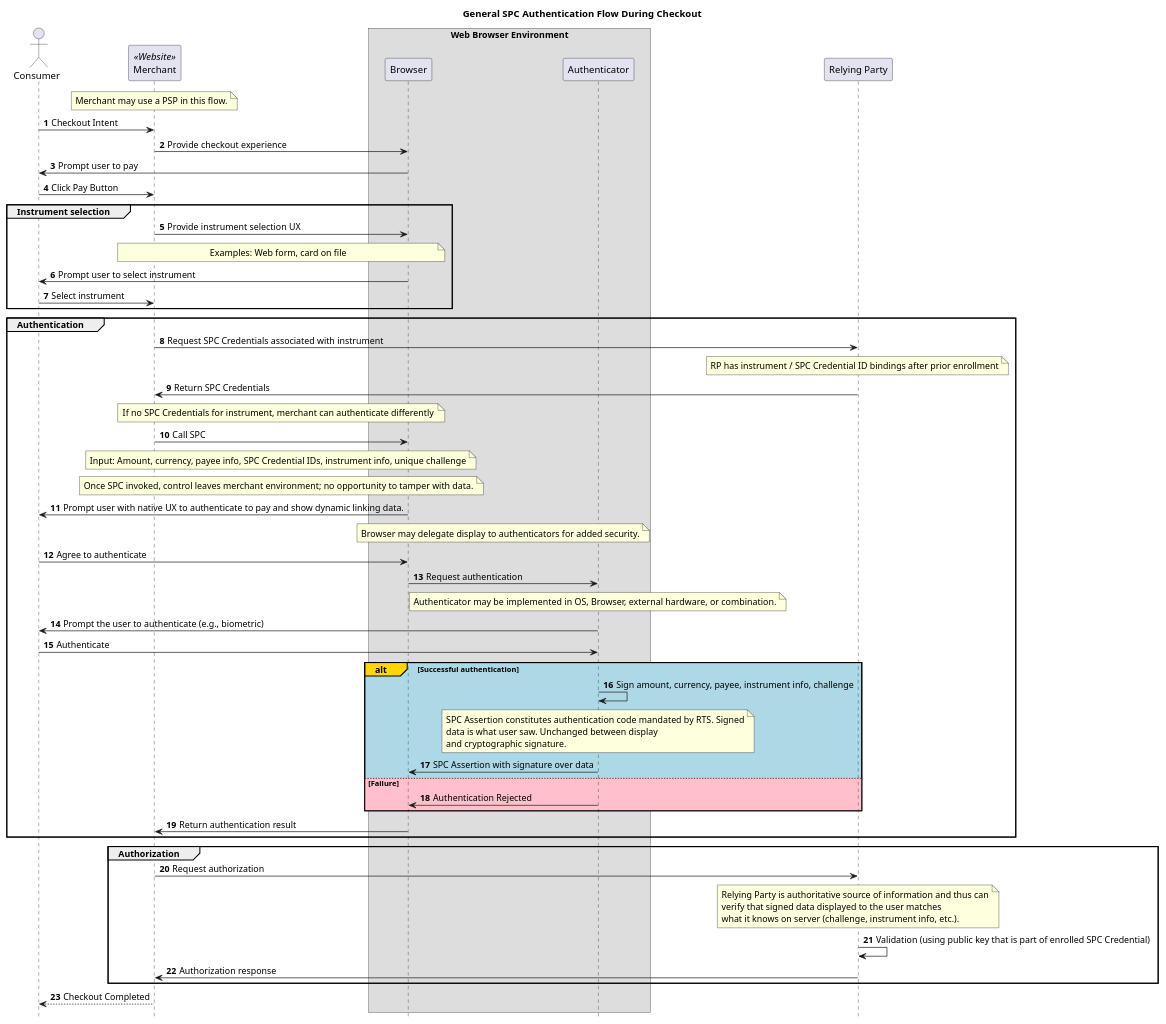
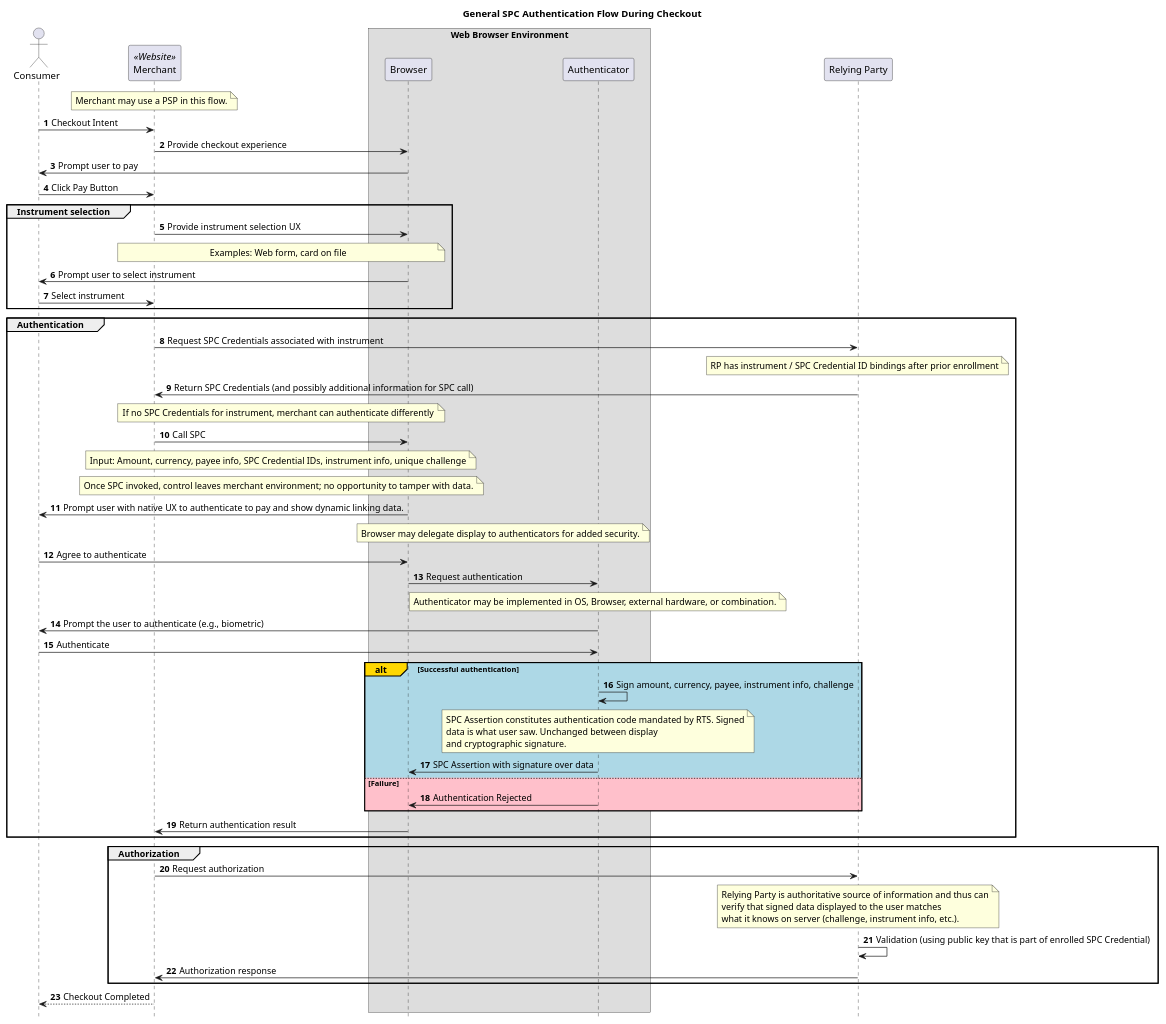
One commit to w3c/wpsig changed the diagram in spc-general.puml. Above: the diagram before and after it, drawn with PlantUML. The commit also changed 1 other file, not shown here.

```diff
--- a/spc-general.puml
+++ b/spc-general.puml
@@ -1,87 +1,87 @@
 @startuml
 
 autonumber
 hide footbox
 skinparam ParticipantPadding 20
 skinparam BoxPadding 10
 
 title General SPC Authentication Flow During Checkout
 
 actor Consumer as Consumer
 participant Merchant as Merchant <<Website>>
 
 box "Web Browser Environment"
   participant "Browser"
   participant "Authenticator"
 end box
 
 participant "Relying Party" as RP
 
 note over Merchant
   Merchant may use a PSP in this flow.
 end note
 Consumer->Merchant: Checkout Intent
 Merchant->Browser: Provide checkout experience
 Browser->Consumer: Prompt user to pay
 Consumer->Merchant: Click Pay Button
 group Instrument selection
 Merchant->Browser: Provide instrument selection UX
 note over Merchant, Browser
   Examples: Web form, card on file
 end note
 Browser->Consumer: Prompt user to select instrument
 Consumer->Merchant: Select instrument
 end gorup
 group Authentication
 Merchant->RP: Request SPC Credentials associated with instrument
 note over RP
   RP has instrument / SPC Credential ID bindings after prior enrollment
 end note
-RP->Merchant: Return SPC Credentials
+RP->Merchant: Return SPC Credentials (and possibly additional information for SPC call)
 note over Merchant, Browser
   If no SPC Credentials for instrument, merchant can authenticate differently
 end note
 Merchant->Browser: Call SPC
 note over Merchant, Browser
   Input: Amount, currency, payee info, SPC Credential IDs, instrument info, unique challenge
 end note
 note over Merchant, Browser
   Once SPC invoked, control leaves merchant environment; no opportunity to tamper with data.
 end note
 Browser->Consumer: Prompt user with native UX to authenticate to pay and show dynamic linking data.
 note over Browser, Authenticator
   Browser may delegate display to authenticators for added security.
 end note
 Consumer->Browser: Agree to authenticate
 Browser->Authenticator: Request authentication
 note over Authenticator
   Authenticator may be implemented in OS, Browser, external hardware, or combination.
 end note
 Authenticator->Consumer: Prompt the user to authenticate (e.g., biometric)
 Consumer->Authenticator: Authenticate
 alt#Gold #LightBlue Successful authentication
     Authenticator->Authenticator: Sign amount, currency, payee, instrument info, challenge
     note over Authenticator
        SPC Assertion constitutes authentication code mandated by RTS. Signed
        data is what user saw. Unchanged between display
        and cryptographic signature.
     end note
     Authenticator -> Browser: SPC Assertion with signature over data
 else #Pink Failure
     Authenticator -> Browser: Authentication Rejected
 end
 Browser->Merchant: Return authentication result
 end group
 group Authorization
 Merchant->RP: Request authorization
 note over RP
   Relying Party is authoritative source of information and thus can
   verify that signed data displayed to the user matches
   what it knows on server (challenge, instrument info, etc.).
 end note
 RP->RP: Validation (using public key that is part of enrolled SPC Credential)
 RP->Merchant: Authorization response
 end group
 Merchant-->Consumer: Checkout Completed
 
 @enduml
```
